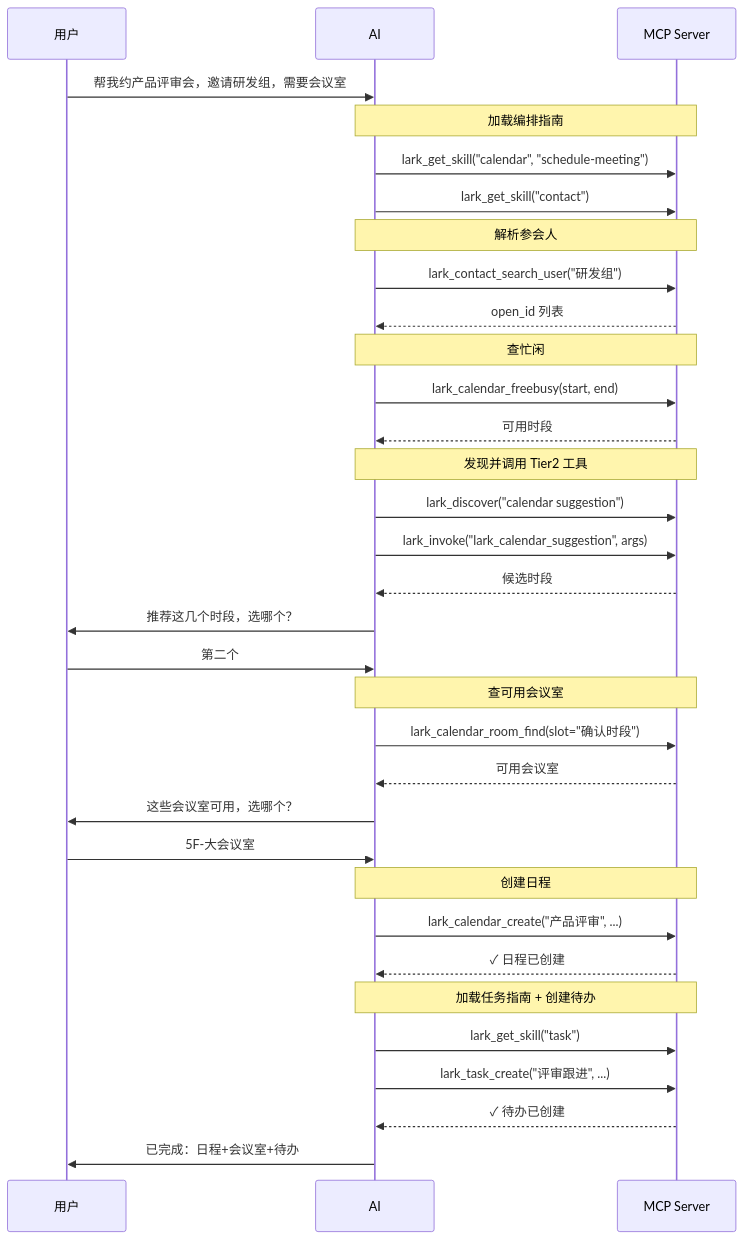
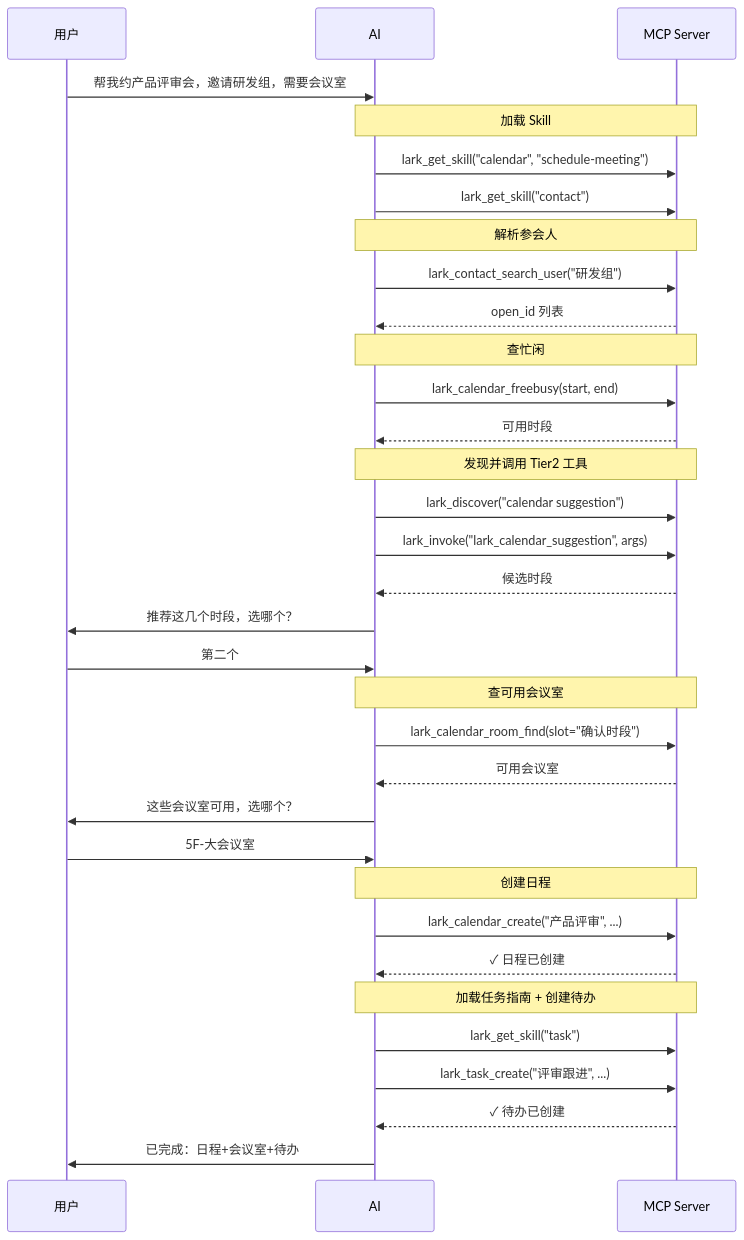
Before and after one commit to ddpie/lark-mcp-on-agentcore: the first of 2 diagrams in README.md, drawn with Mermaid. The commit also changed other lines of this file and 4 other files, not shown here.

````diff
--- a/README.md
+++ b/README.md
@@ -131,36 +131,36 @@
 ```mermaid
 sequenceDiagram
     participant U as 用户
     participant AI
     participant MCP as MCP Server
 
     U->>AI: 帮我约产品评审会，邀请研发组，需要会议室
-    Note over AI,MCP: 加载编排指南
+    Note over AI,MCP: 加载 Skill
     AI->>MCP: lark_get_skill("calendar", "schedule-meeting")
     AI->>MCP: lark_get_skill("contact")
     Note over AI,MCP: 解析参会人
     AI->>MCP: lark_contact_search_user("研发组")
     MCP-->>AI: open_id 列表
     Note over AI,MCP: 查忙闲
     AI->>MCP: lark_calendar_freebusy(start, end)
     MCP-->>AI: 可用时段
     Note over AI,MCP: 发现并调用 Tier2 工具
     AI->>MCP: lark_discover("calendar suggestion")
     AI->>MCP: lark_invoke("lark_calendar_suggestion", args)
     MCP-->>AI: 候选时段
     AI->>U: 推荐这几个时段，选哪个？
     U->>AI: 第二个
     Note over AI,MCP: 查可用会议室
     AI->>MCP: lark_calendar_room_find(slot="确认时段")
     MCP-->>AI: 可用会议室
     AI->>U: 这些会议室可用，选哪个？
     U->>AI: 5F-大会议室
     Note over AI,MCP: 创建日程
     AI->>MCP: lark_calendar_create("产品评审", ...)
     MCP-->>AI: ✓ 日程已创建
     Note over AI,MCP: 加载任务指南 + 创建待办
     AI->>MCP: lark_get_skill("task")
     AI->>MCP: lark_task_create("评审跟进", ...)
     MCP-->>AI: ✓ 待办已创建
     AI->>U: 已完成：日程+会议室+待办
 ```
````
